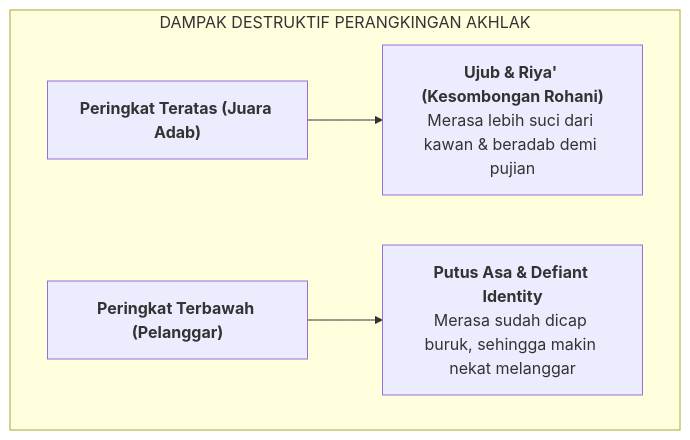
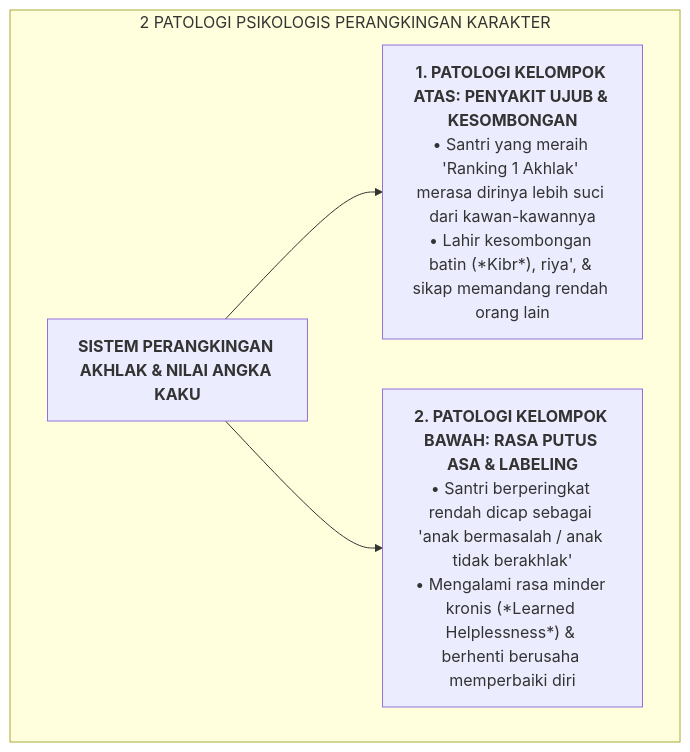
One commit to wandiapriliyandi/tumbuh changed the diagram in BOOK Series 2/Volume-03-Sistem-Asesmen-Perkembangan-Karakter/Bab-01-Filosofi-Asesmen-Ipsatif/01-Patologi-Perangkingan-Karakter.md. Above: the diagram before and after it, drawn with Mermaid. The commit also changed other lines of this file and 61 other files, not shown here.

````diff
--- a/BOOK Series 2/Volume-03-Sistem-Asesmen-Perkembangan-Karakter/Bab-01-Filosofi-Asesmen-Ipsatif/01-Patologi-Perangkingan-Karakter.md
+++ b/BOOK Series 2/Volume-03-Sistem-Asesmen-Perkembangan-Karakter/Bab-01-Filosofi-Asesmen-Ipsatif/01-Patologi-Perangkingan-Karakter.md
@@ -11,8 +13,10 @@
 ```mermaid
 flowchart TD
-    subgraph PatologiRanking["DAMPAK DESTRUKTIF PERANGKINGAN AKHLAK"]
-        R1["<b>Peringkat Teratas (Juara Adab)</b>"] --> D1["<b>Ujub & Riya' (Kesombongan Rohani)</b><br/>Merasa lebih suci dari kawan & beradab demi pujian"]
+    subgraph PatologiPerangkingan["2 PATOLOGI PSIKOLOGIS PERANGKINGAN KARAKTER"]
+        Ranking["<b>SISTEM PERANGKINGAN AKHLAK & NILAI ANGKA KAKU</b>"]
         
-        R2["<b>Peringkat Terbawah (Pelanggar)</b>"] --> D2["<b>Putus Asa & Defiant Identity</b><br/>Merasa sudah dicap buruk, sehingga makin nekat melanggar"]
+        Ranking --> Ujub["<b>1. PATOLOGI KELOMPOK ATAS: PENYAKIT UJUB & KESOMBONGAN</b><br/>• Santri yang meraih 'Ranking 1 Akhlak' merasa dirinya lebih suci dari kawan-kawannya<br/>• Lahir kesombongan batin (*Kibr*), riya', & sikap memandang rendah orang lain"]
+        
+        Ranking --> PutusAsa["<b>2. PATOLOGI KELOMPOK BAWAH: RASA PUTUS ASA & LABELING</b><br/>• Santri berperingkat rendah dicap sebagai 'anak bermasalah / anak tidak berakhlak'<br/>• Mengalami rasa minder kronis (*Learned Helplessness*) & berhenti berusaha memperbaiki diri"]
     end
 ```
````
